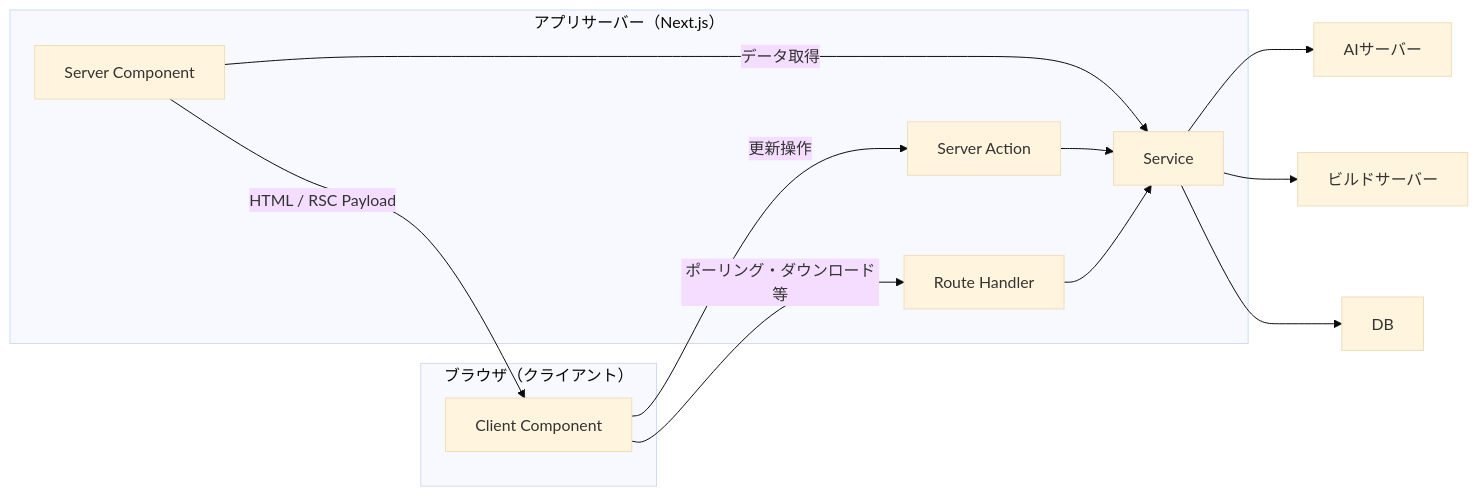
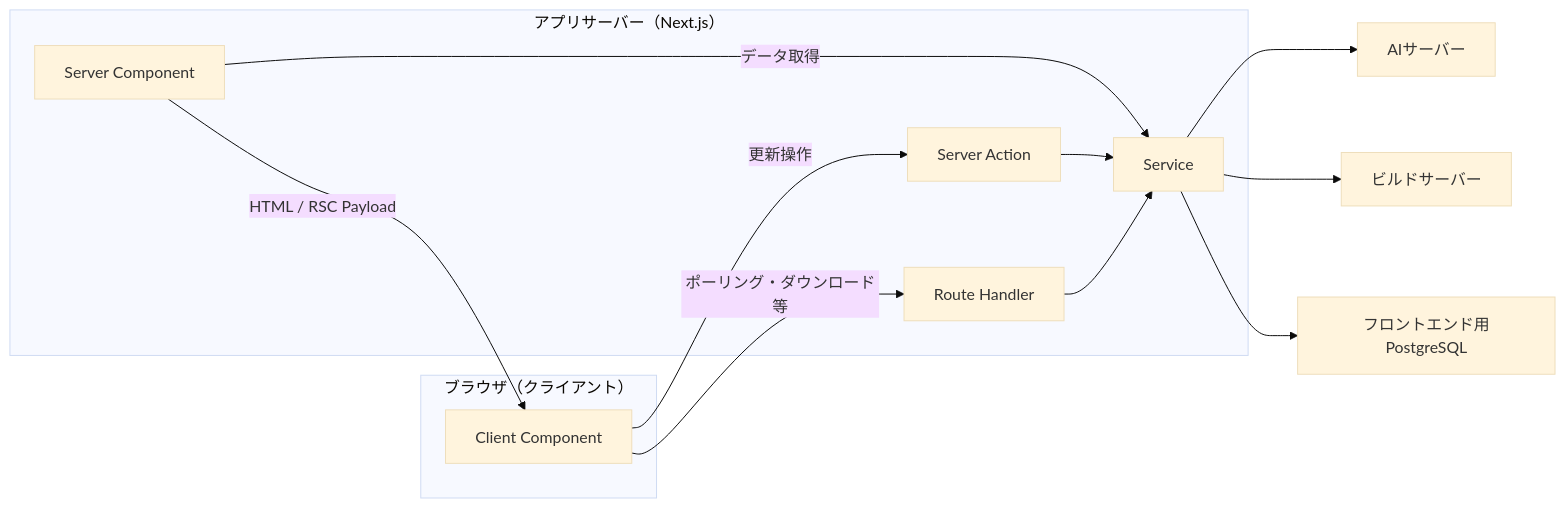
The diagram in frontend/docs/architecture.md (Undanomi/UNSAFE), drawn with Mermaid (base theme) before and after one commit. The commit also changed other lines of this file and 36 other files, not shown here.

````diff
--- a/frontend/docs/architecture.md
+++ b/frontend/docs/architecture.md
@@ -12,27 +12,27 @@
 ```mermaid
 flowchart LR
   subgraph Browser["ブラウザ（クライアント）"]
     CC["Client Component"]
   end
 
   subgraph Next["アプリサーバー（Next.js）"]
     SC["Server Component"]
     SA["Server Action"]
     RH["Route Handler"]
     S["Service"]
   end
 
   AI["AIサーバー"]
   Build["ビルドサーバー"]
-  DB["DB"]
+  DB["フロントエンド用PostgreSQL"]
 
   CC -->|"更新操作"| SA
   CC -->|"ポーリング・ダウンロード等"| RH
   SC -->|"データ取得"| S
   SA --> S
   RH --> S
   S --> AI
   S --> Build
   S --> DB
   SC -->|"HTML / RSC Payload"| CC
 ```
````
